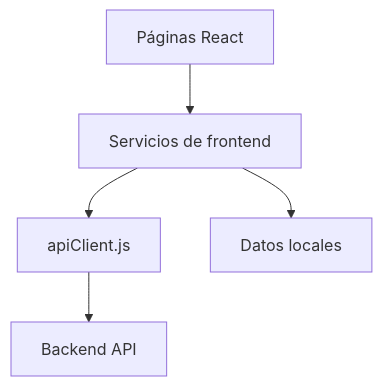
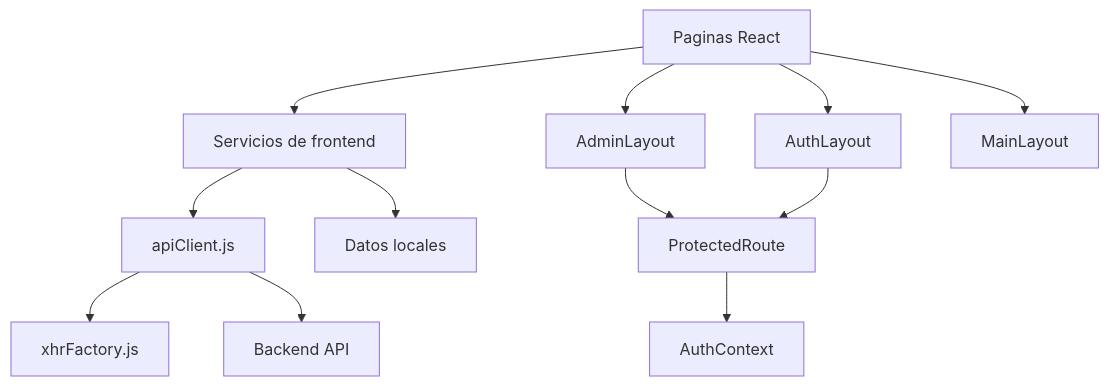
The third of 5 diagrams in docs-engineering/architecture/arquitectura-general.md (GRAN-J/sportmetric), drawn with Mermaid before and after one commit. The commit also changed other lines of this file and 7 other files, not shown here.

````diff
--- a/docs-engineering/architecture/arquitectura-general.md
+++ b/docs-engineering/architecture/arquitectura-general.md
@@ -61,7 +78,14 @@
 ```mermaid
 flowchart TD
-    Paginas[Páginas React] --> Servicios[Servicios de frontend]
+    Paginas[Paginas React] --> Servicios[Servicios de frontend]
     Servicios --> ApiClient[apiClient.js]
+    ApiClient --> XhrFactory[xhrFactory.js]
+    ApiClient --> Backend[Backend API]
     Servicios --> LocalData[Datos locales]
-    ApiClient --> Backend[Backend API]
+    Paginas --> AdminLayout
+    Paginas --> AuthLayout
+    Paginas --> MainLayout
+    AdminLayout --> ProtectedRoute
+    AuthLayout --> ProtectedRoute
+    ProtectedRoute --> AuthContext
 ```
````
